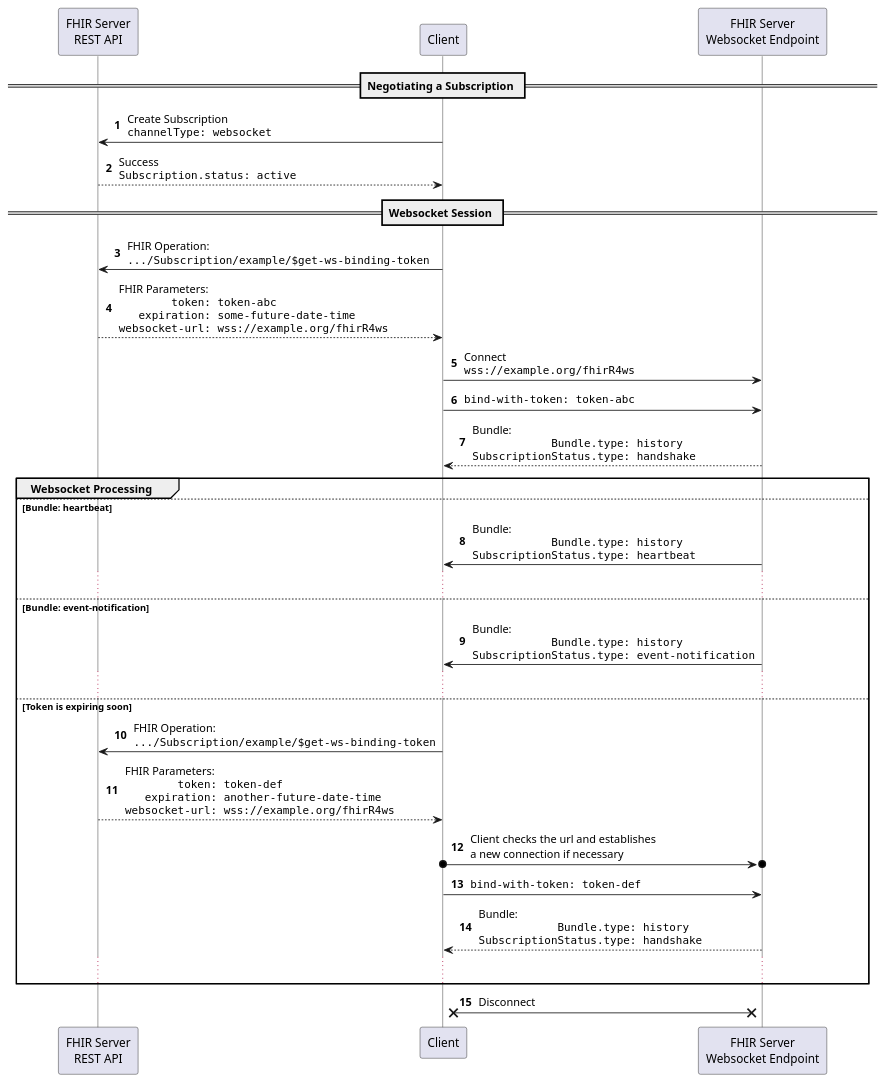
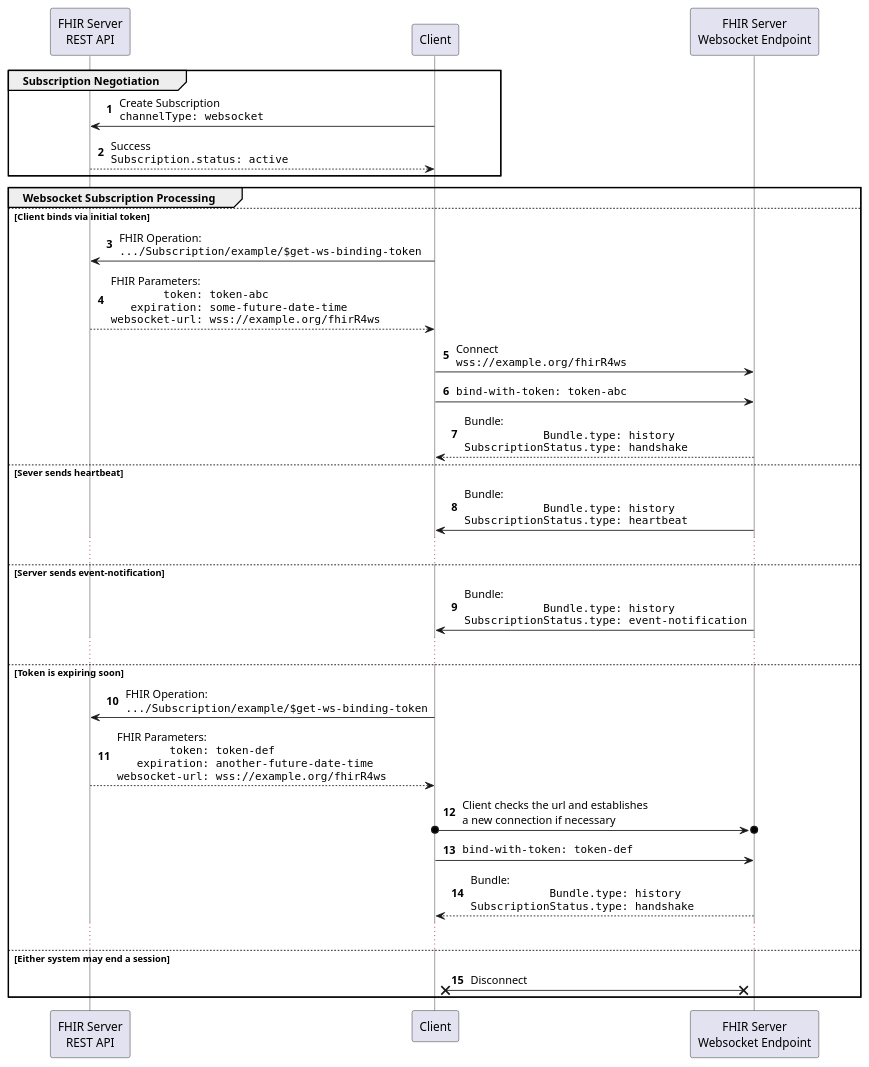
The diagram in input/images-source/channel-websocket.plantuml (HL7/fhir-subscription-backport-ig), drawn with PlantUML before and after one commit. The commit also changed 5 other files, not shown here.

Commit message:
FHIR-30378 : Fixed operation parameter descriptions Added authors/contributors/thanks to home page Improved clarity of diagrams.

```diff
--- a/input/images-source/channel-websocket.plantuml
+++ b/input/images-source/channel-websocket.plantuml
@@ -1,48 +1,48 @@
 @startuml
 skinparam NoteTextAlignment left
 skinparam Padding 2
 skinparam ParticipantPadding 40
 skinparam LifelineStrategy solid
 autonumber
 
 participant "FHIR Server\nREST API"     as S
 participant "Client"                    as C
 participant "FHIR Server\nWebsocket Endpoint" as E
 
-== Negotiating a Subscription ==
+group Subscription Negotiation
+  C->S: Create Subscription\n""channelType: websocket""
+  return Success\n""Subscription.status: active""
+end
 
-C->S: Create Subscription\n""channelType: websocket""
-return Success\n""Subscription.status: active""
+group Websocket Subscription Processing
+else Client binds via initial token
+  C->S: FHIR Operation:\n"".../Subscription/example/$get-ws-binding-token""
+  return FHIR Parameters:\n""        token: token-abc""\n""   expiration: some-future-date-time""\n""websocket-url: wss://example.org/fhirR4ws""
 
-== Websocket Session ==
+  C->E: Connect\n""wss://example.org/fhirR4ws""
 
-C->S: FHIR Operation:\n"".../Subscription/example/$get-ws-binding-token""
-return FHIR Parameters:\n""        token: token-abc""\n""   expiration: some-future-date-time""\n""websocket-url: wss://example.org/fhirR4ws""
+  C->E: ""bind-with-token: token-abc""
+  return Bundle:\n""            Bundle.type: history""\n""SubscriptionStatus.type: handshake""
 
-C->E: Connect\n""wss://example.org/fhirR4ws""
-
-C->E: ""bind-with-token: token-abc""
-return Bundle:\n""            Bundle.type: history""\n""SubscriptionStatus.type: handshake""
-
-group Websocket Processing
-else Bundle: heartbeat
+else Sever sends heartbeat
     E->C: Bundle:\n""            Bundle.type: history""\n""SubscriptionStatus.type: heartbeat""
     ...
-else Bundle: event-notification
+else Server sends event-notification
     E->C: Bundle:\n""            Bundle.type: history""\n""SubscriptionStatus.type: event-notification""
     ...
 else Token is expiring soon
     C->S: FHIR Operation:\n"".../Subscription/example/$get-ws-binding-token""
     return FHIR Parameters:\n""        token: token-def""\n""   expiration: another-future-date-time""\n""websocket-url: wss://example.org/fhirR4ws""
 
     C o->o E: Client checks the url and establishes\na new connection if necessary
 
     C->E: ""bind-with-token: token-def""
     return Bundle:\n""            Bundle.type: history""\n""SubscriptionStatus.type: handshake""
     ...
+else Either system may end a session
+  C x-x E: Disconnect
 end
 
-C x-x E: Disconnect
 deactivate E
 
 @enduml
```
